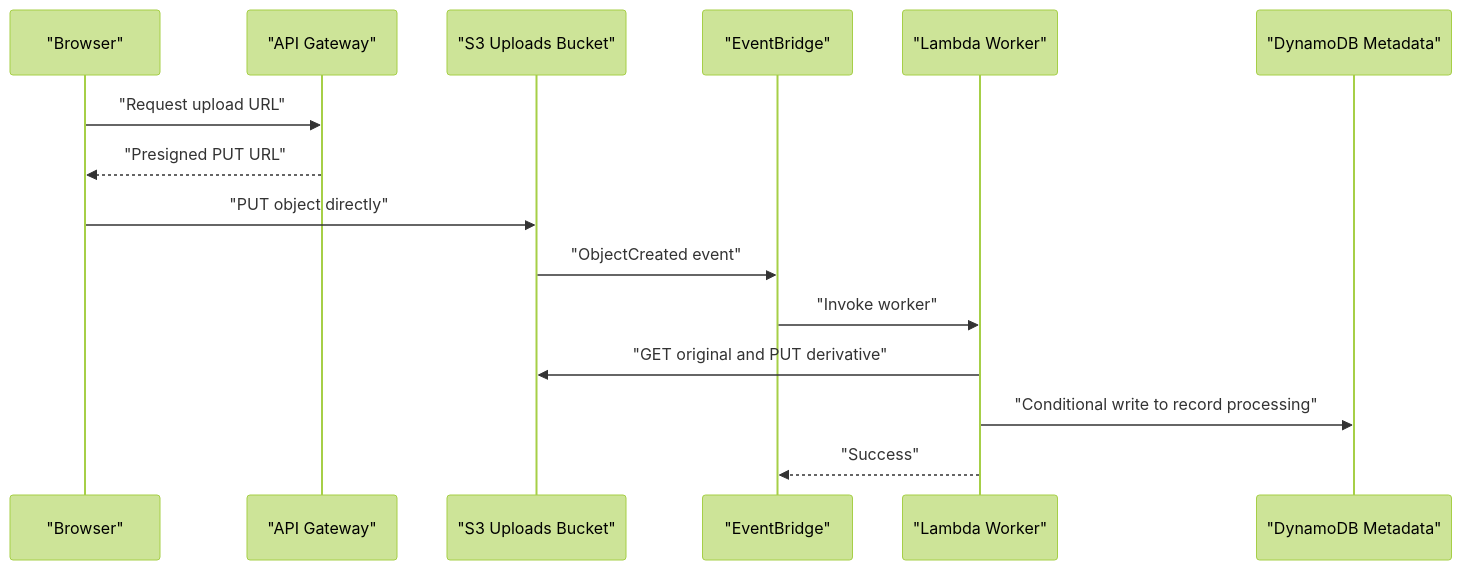
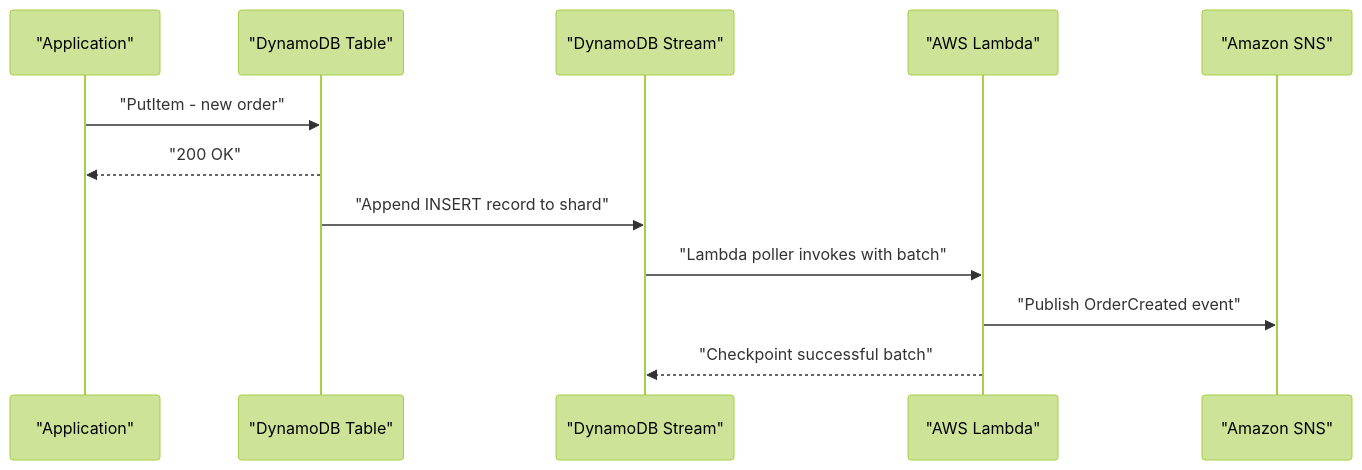
Before and after one commit to norbutlepcha25/dso303: diagram 16 of 35 in docs/unit1/topic5.md, drawn with Mermaid (forest theme). The commit also changed other lines of this file and 945 other files, not shown here.

````diff
--- a/docs/unit1/topic5.md
+++ b/docs/unit1/topic5.md
@@ -1448,17 +806,14 @@
 ```mermaid
 sequenceDiagram
-    participant B as "Browser"
-    participant API as "API Gateway"
-    participant S3 as "S3 Uploads Bucket"
-    participant EB as "EventBridge"
-    participant L as "Lambda Worker"
-    participant D as "DynamoDB Metadata"
-    B->>API: "Request upload URL"
-    API-->>B: "Presigned PUT URL"
-    B->>S3: "PUT object directly"
-    S3->>EB: "ObjectCreated event"
-    EB->>L: "Invoke worker"
-    L->>S3: "GET original and PUT derivative"
-    L->>D: "Conditional write to record processing"
-    L-->>EB: "Success"
+    participant APP as "Application"
+    participant DDB as "DynamoDB Table"
+    participant STR as "DynamoDB Stream"
+    participant L as "AWS Lambda"
+    participant SNS as "Amazon SNS"
+    APP->>DDB: "PutItem - new order"
+    DDB-->>APP: "200 OK"
+    DDB->>STR: "Append INSERT record to shard"
+    STR->>L: "Lambda poller invokes with batch"
+    L->>SNS: "Publish OrderCreated event"
+    L-->>STR: "Checkpoint successful batch"
 ```
````
